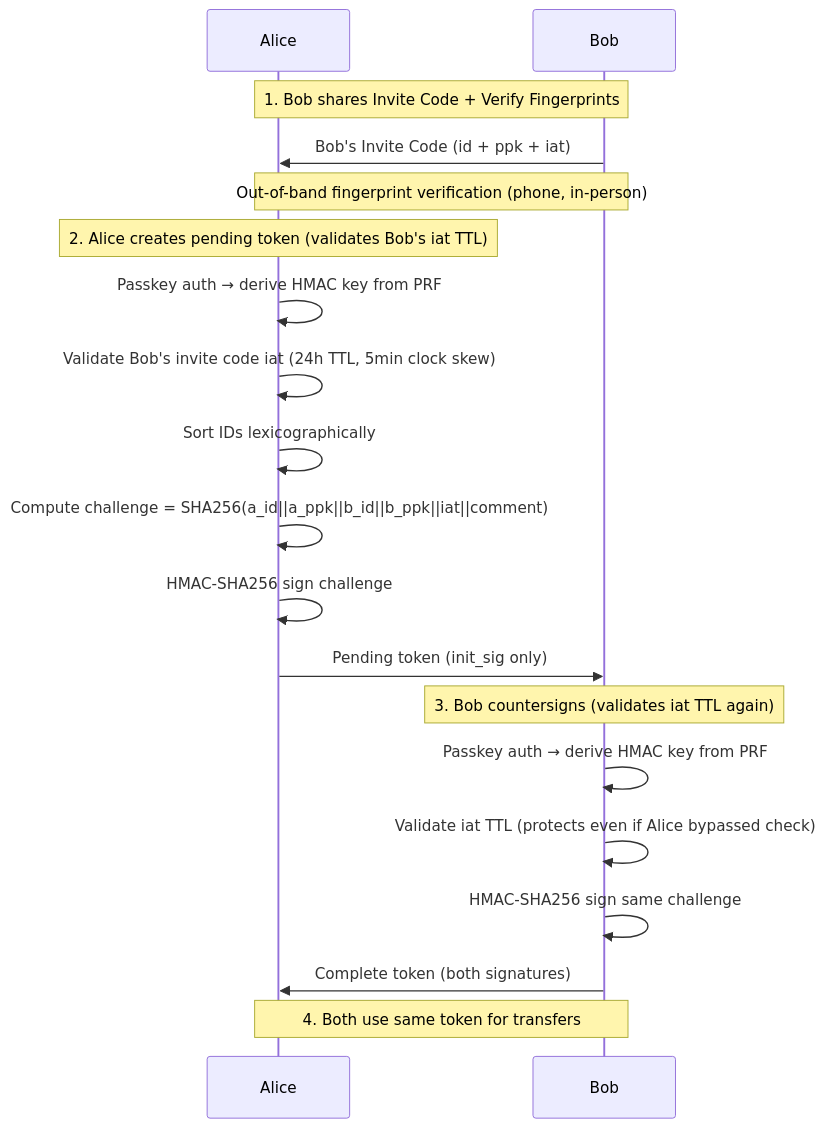
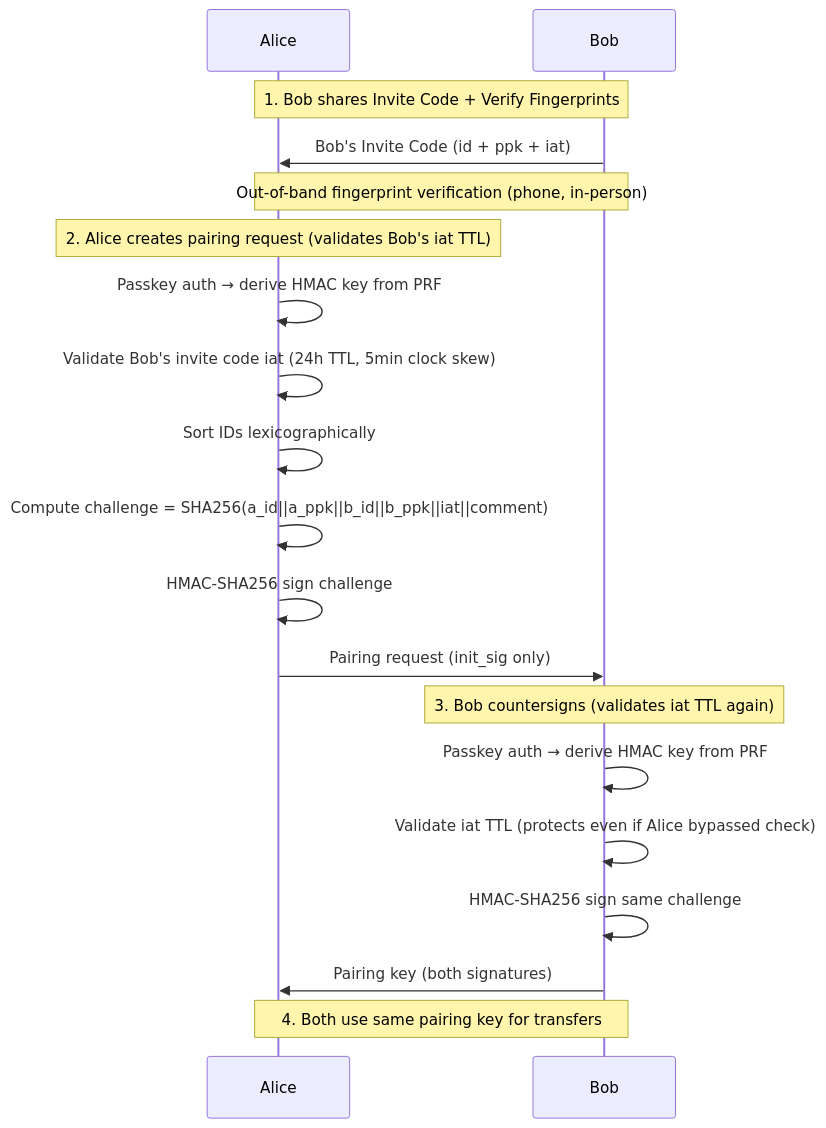
Before and after one commit to andrewtheguy/secure-send-web: the fourth of 10 diagrams in docs/ARCHITECTURE.md, drawn with Mermaid. The commit also changed other lines of this file, not shown here.

Commit message:
docs: Update terminology from "mutual contact token" to "pairing key" for clarity and consistency

````diff
--- a/docs/ARCHITECTURE.md
+++ b/docs/ARCHITECTURE.md
@@ -237,21 +237,21 @@
 ```mermaid
 sequenceDiagram
     participant Alice
     participant Bob
     Note over Alice,Bob: 1. Bob shares Invite Code + Verify Fingerprints
     Bob->>Alice: Bob's Invite Code (id + ppk + iat)
     Note over Alice,Bob: Out-of-band fingerprint verification (phone, in-person)
-    Note over Alice: 2. Alice creates pending token (validates Bob's iat TTL)
+    Note over Alice: 2. Alice creates pairing request (validates Bob's iat TTL)
     Alice->>Alice: Passkey auth → derive HMAC key from PRF
     Alice->>Alice: Validate Bob's invite code iat (24h TTL, 5min clock skew)
     Alice->>Alice: Sort IDs lexicographically
     Alice->>Alice: Compute challenge = SHA256(a_id||a_ppk||b_id||b_ppk||iat||comment)
     Alice->>Alice: HMAC-SHA256 sign challenge
-    Alice->>Bob: Pending token (init_sig only)
+    Alice->>Bob: Pairing request (init_sig only)
     Note over Bob: 3. Bob countersigns (validates iat TTL again)
     Bob->>Bob: Passkey auth → derive HMAC key from PRF
     Bob->>Bob: Validate iat TTL (protects even if Alice bypassed check)
     Bob->>Bob: HMAC-SHA256 sign same challenge
-    Bob->>Alice: Complete token (both signatures)
-    Note over Alice,Bob: 4. Both use same token for transfers
+    Bob->>Alice: Pairing key (both signatures)
+    Note over Alice,Bob: 4. Both use same pairing key for transfers
 ```
````
